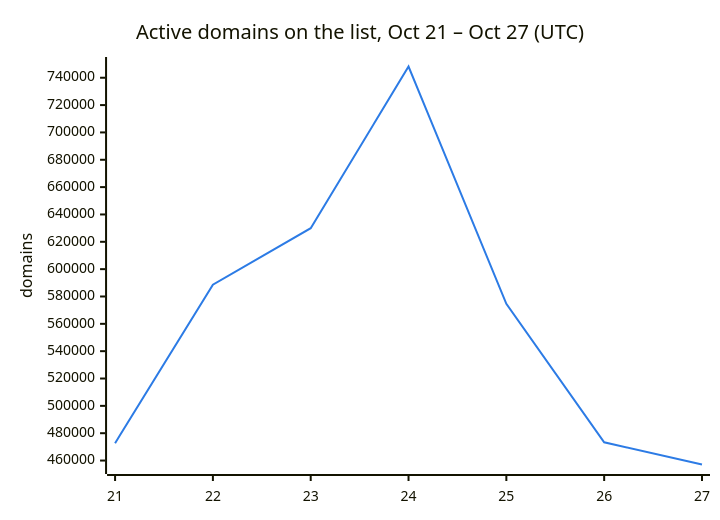
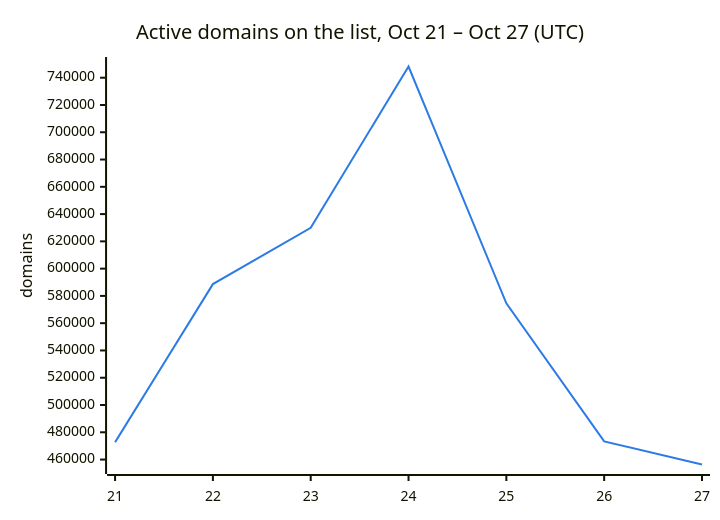
One commit to DNSBunker/CTI changed the second of 3 diagrams in README.md. Above: the diagram before and after it, drawn with Mermaid. The commit also changed other lines of this file and 3 other files, not shown here.

````diff
--- a/README.md
+++ b/README.md
@@ -38,8 +38,8 @@
 ```mermaid
 %%{init: {"themeVariables": {"xyChart": {"plotColorPalette": "#2c7be5"}}}}%%
 xychart-beta
     title "Active domains on the list, Oct 21 – Oct 27 (UTC)"
     x-axis ["21", "22", "23", "24", "25", "26", "27"]
     y-axis "domains"
-    line [472713, 588659, 629951, 748222, 574614, 473331, 457108]
+    line [472713, 588659, 629951, 748222, 574614, 473331, 456378]
 ```
````
